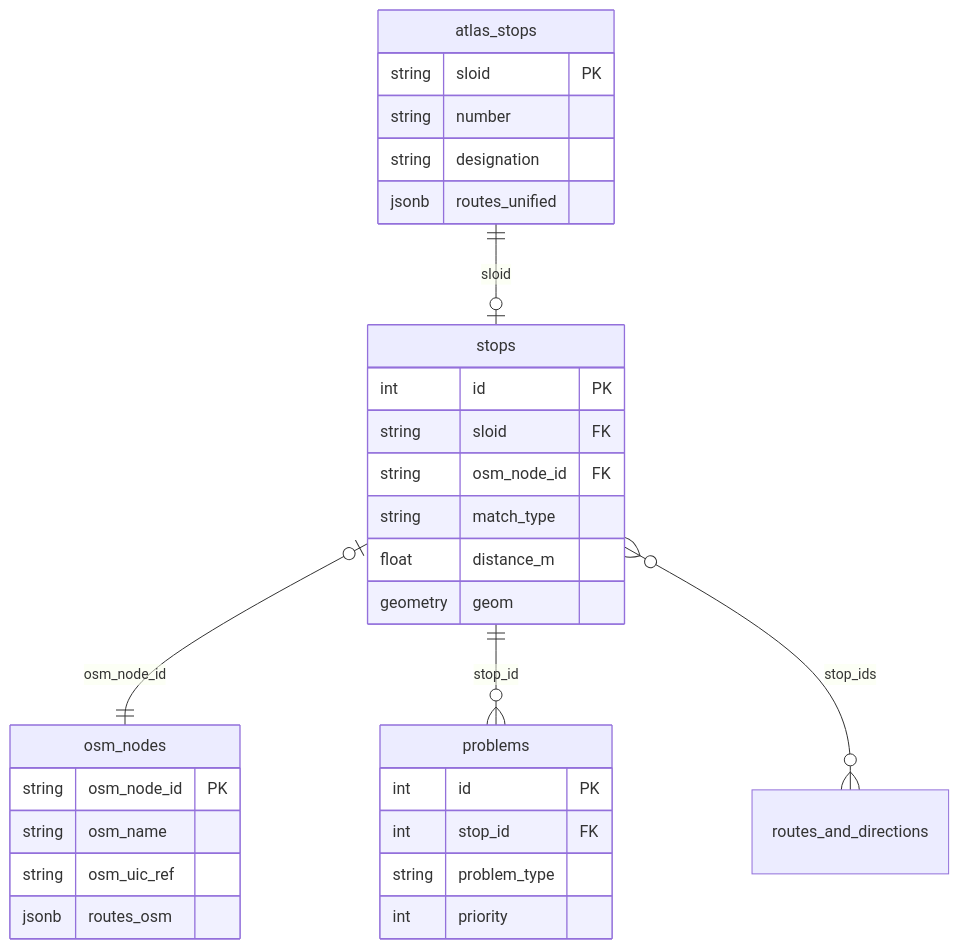
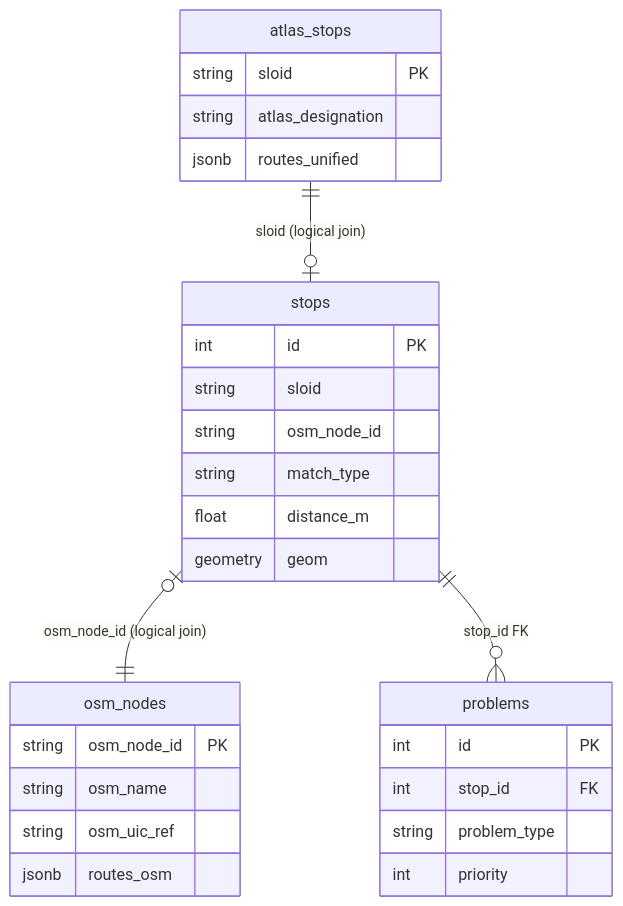
The diagram in documentation/4.1 Stops DB.md (openTdataCH/stop_sync_osm_atlas), drawn with Mermaid before and after one commit. The commit also changed other lines of this file and 11 other files, not shown here.

````diff
--- a/documentation/4.1 Stops DB.md
+++ b/documentation/4.1 Stops DB.md
@@ -5,37 +9,35 @@
 ```mermaid
 erDiagram
-    atlas_stops ||--o| stops : "sloid"
-    stops |o--|| osm_nodes : "osm_node_id"
-    stops ||--o{ problems : "stop_id"
-    stops }o--o{ routes_and_directions : "stop_ids"
+    atlas_stops ||--o| stops : "sloid (logical join)"
+    stops |o--|| osm_nodes : "osm_node_id (logical join)"
+    stops ||--o{ problems : "stop_id FK"
     
     stops {
         int id PK
-        string sloid FK
-        string osm_node_id FK
+        string sloid
+        string osm_node_id
         string match_type
         float distance_m
         geometry geom
     }
     
     atlas_stops {
         string sloid PK
-        string number
-        string designation
+        string atlas_designation
         jsonb routes_unified
     }
     
     osm_nodes {
         string osm_node_id PK
         string osm_name
         string osm_uic_ref
         jsonb routes_osm
     }
     
     problems {
         int id PK
         int stop_id FK
         string problem_type
         int priority
     }
 ```
````
